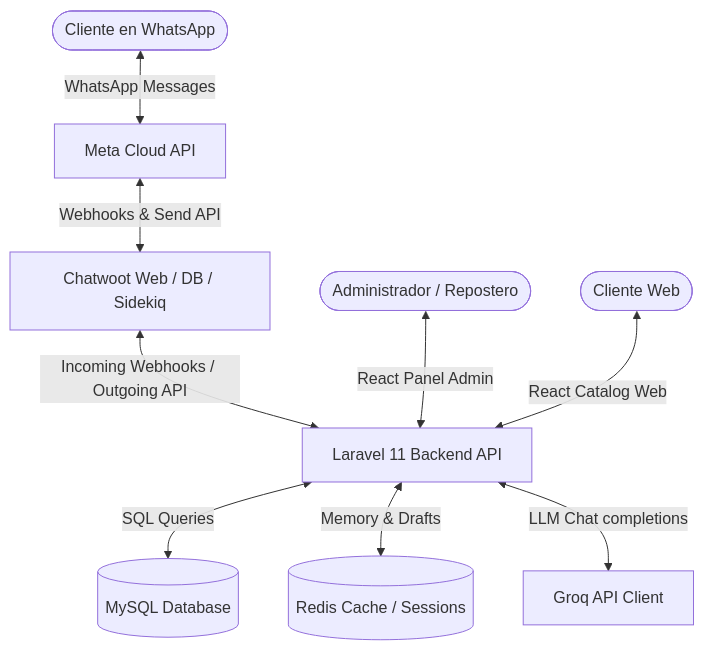
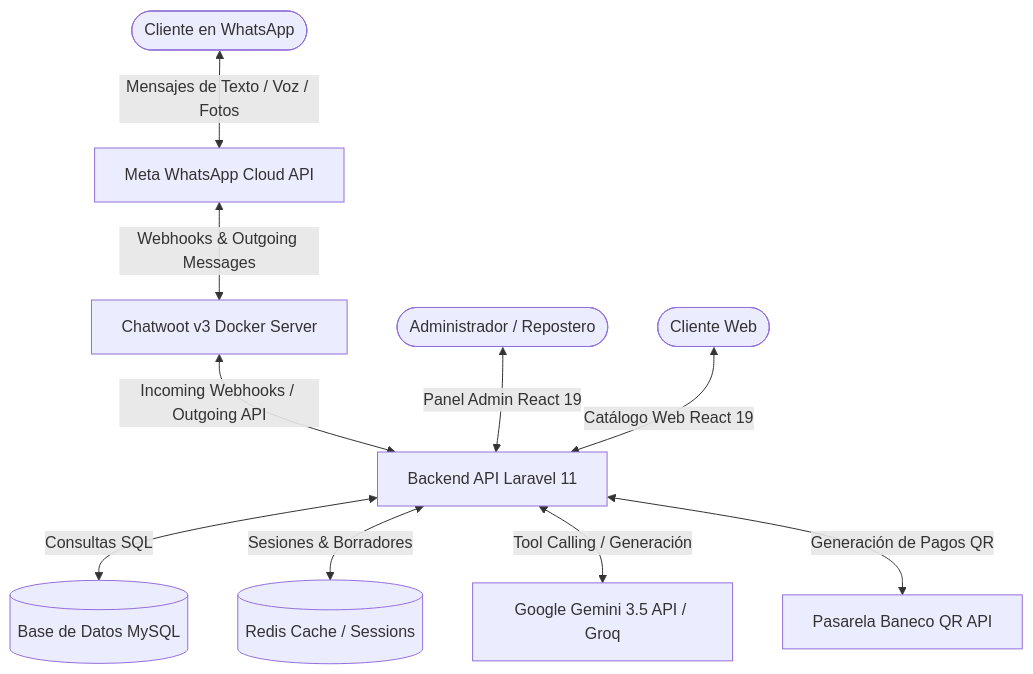
One commit to cincos501/dulce-encanto1 changed the second of 3 diagrams in README.md. Above: the diagram before and after it, drawn with Mermaid. The commit also changed other lines of this file and 109 other files, not shown here.

````diff
--- a/README.md
+++ b/README.md
@@ -32,11 +83,12 @@
 ```mermaid
 graph TD
-    User([Cliente en WhatsApp]) <-->|WhatsApp Messages| Meta[Meta Cloud API]
-    Meta <-->|Webhooks & Send API| CW[Chatwoot Web / DB / Sidekiq]
-    CW <-->|Incoming Webhooks / Outgoing API| Laravel[Laravel 11 Backend API]
-    Laravel <-->|SQL Queries| DB[(MySQL Database)]
-    Laravel <-->|Memory & Drafts| Redis[(Redis Cache / Sessions)]
-    Laravel <-->|LLM Chat completions| Groq[Groq API Client]
-    Admin([Administrador / Repostero]) <-->|React Panel Admin| Laravel
-    WebUser([Cliente Web]) <-->|React Catalog Web| Laravel
+    User([Cliente en WhatsApp]) <-->|Mensajes de Texto / Voz / Fotos| Meta[Meta WhatsApp Cloud API]
+    Meta <-->|Webhooks & Outgoing Messages| CW[Chatwoot v3 Docker Server]
+    CW <-->|Incoming Webhooks / Outgoing API| Laravel[Backend API Laravel 11]
+    Laravel <-->|Consultas SQL| DB[(Base de Datos MySQL)]
+    Laravel <-->|Sesiones & Borradores| Redis[(Redis Cache / Sessions)]
+    Laravel <-->|Tool Calling / Generación| Gemini[Google Gemini 3.5 API / Groq]
+    Laravel <-->|Generación de Pagos QR| Baneco[Pasarela Baneco QR API]
+    Admin([Administrador / Repostero]) <-->|Panel Admin React 19| Laravel
+    WebUser([Cliente Web]) <-->|Catálogo Web React 19| Laravel
 ```
````
